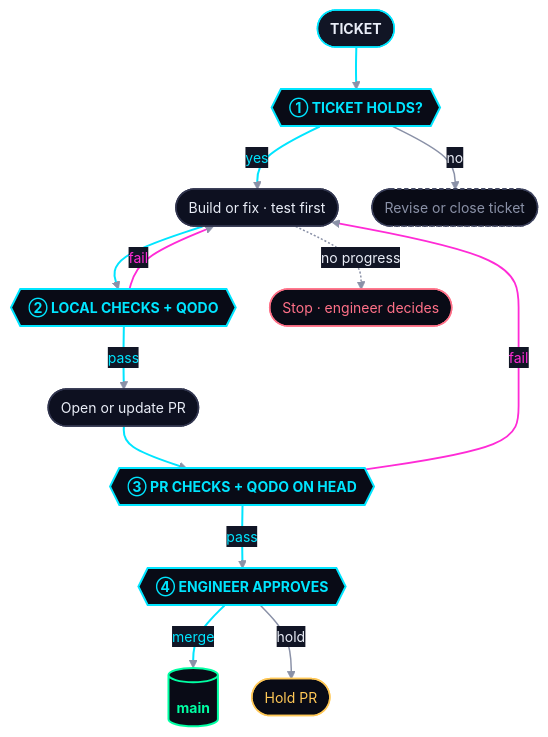
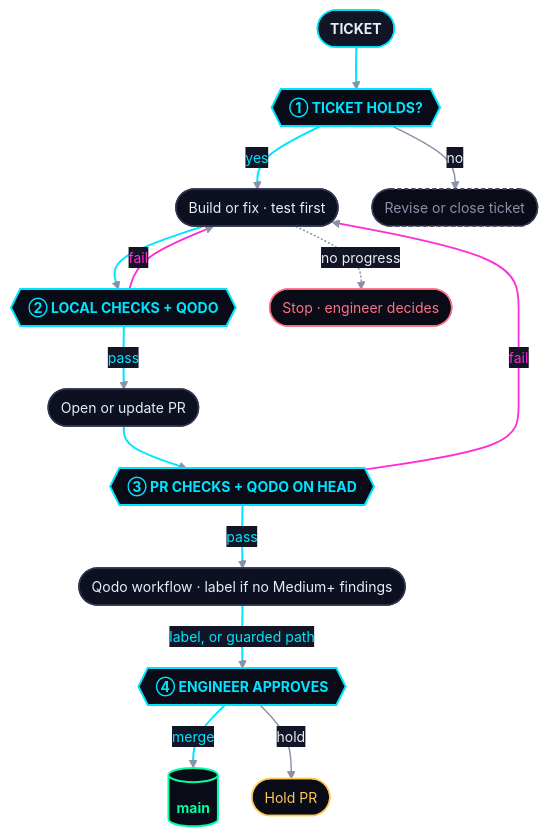
One commit to felixgeelhaar/ghostline changed the diagram in docs/factory-verification.md. Above: the diagram before and after it, drawn with Mermaid. The commit also changed other lines of this file and 2 other files, not shown here.

First line of the commit message:
docs: record the Day 14 Qodo label workflow and its test PRs

````diff
--- a/docs/factory-verification.md
+++ b/docs/factory-verification.md
@@ -8,38 +8,40 @@
 ```mermaid
 %%{init: {"theme": "base", "flowchart": {"curve": "basis", "nodeSpacing": 34, "rankSpacing": 42, "padding": 16, "wrappingWidth": 420}, "themeVariables": {"fontSize": "14px", "lineColor": "#8a91a7", "edgeLabelBackground": "#111525", "textColor": "#e9edf7"}}}%%
 flowchart TB
     T(["TICKET"]):::start
     G1{{"① TICKET HOLDS?"}}:::gate
     B(["Build or fix · test first"]):::step
     G2{{"② LOCAL CHECKS + QODO"}}:::gate
     P(["Open or update PR"]):::step
     G3{{"③ PR CHECKS + QODO ON HEAD"}}:::gate
+    L(["Qodo workflow · label if no Medium+ findings"]):::step
     G4{{"④ ENGINEER APPROVES"}}:::gate
     M[("main")]:::done
 
     T --> G1
     G1 -- yes --> B
     B --> G2
     G2 -- pass --> P
     P --> G3
-    G3 -- pass --> G4
+    G3 -- pass --> L
+    L -- "label, or guarded path" --> G4
     G4 -- merge --> M
 
     G1 -- no --> R(["Revise or close ticket"]):::muted
     G2 -- fail --> B
     G3 -- fail --> B
     B -. no progress .-> S(["Stop · engineer decides"]):::stop
     G4 -- hold --> H(["Hold PR"]):::hold
 
     classDef start fill:#111525,stroke:#00e5ff,stroke-width:1.5px,color:#e9edf7,font-weight:bold
     classDef step fill:#0d1020,stroke:#30344d,stroke-width:1.5px,color:#e9edf7
     classDef gate fill:#090b16,stroke:#00e5ff,stroke-width:2px,color:#00e5ff,font-weight:bold
     classDef done fill:#090b16,stroke:#00ffa3,stroke-width:2px,color:#00ffa3,font-weight:bold
     classDef hold fill:#090b16,stroke:#ffc857,stroke-width:1.5px,color:#ffc857
     classDef stop fill:#090b16,stroke:#ff7188,stroke-width:1.5px,color:#ff7188
     classDef muted fill:#090b16,stroke:#3a3f5a,stroke-width:1.5px,color:#8a91a7,stroke-dasharray:4 3
 
     linkStyle default stroke:#8a91a7,stroke-width:1.5px,color:#e9edf7
-    linkStyle 0,1,2,3,4,5,6 stroke:#00e5ff,stroke-width:2px,color:#00e5ff
-    linkStyle 8,9 stroke:#ff2bd6,stroke-width:1.8px,color:#ff2bd6
+    linkStyle 0,1,2,3,4,5,6,7 stroke:#00e5ff,stroke-width:2px,color:#00e5ff
+    linkStyle 9,10 stroke:#ff2bd6,stroke-width:1.8px,color:#ff2bd6
 ```
````
